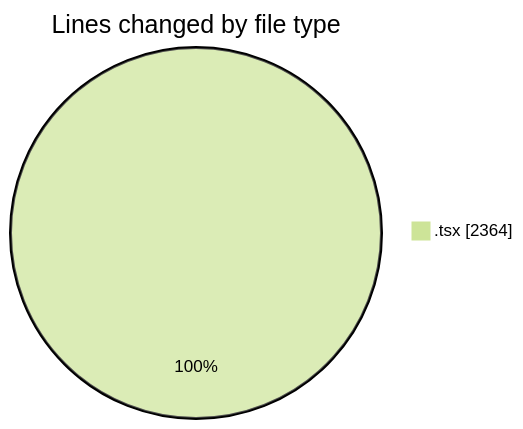
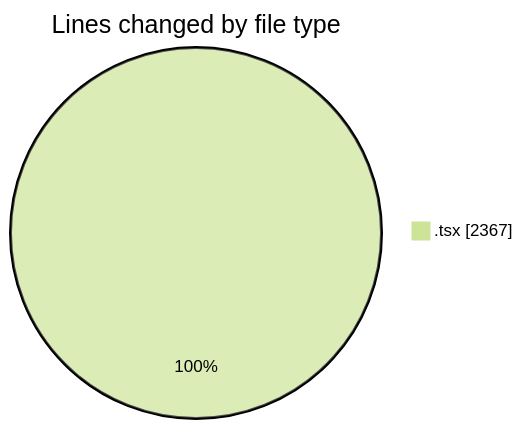
One commit to nxtqubesakshisongat/code-tracking changed the first of 2 diagrams in 2026-02-09/nxtqube_webapp/README.md. Above: the diagram before and after it, drawn with Mermaid (forest theme). The commit also changed other lines of this file and 1 other file, not shown here.

````diff
--- a/2026-02-09/nxtqube_webapp/README.md
+++ b/2026-02-09/nxtqube_webapp/README.md
@@ -22,5 +22,5 @@
 ```mermaid
 pie showData
 title Lines changed by file type
-".tsx" : 2364
+".tsx" : 2367
 ```
````
